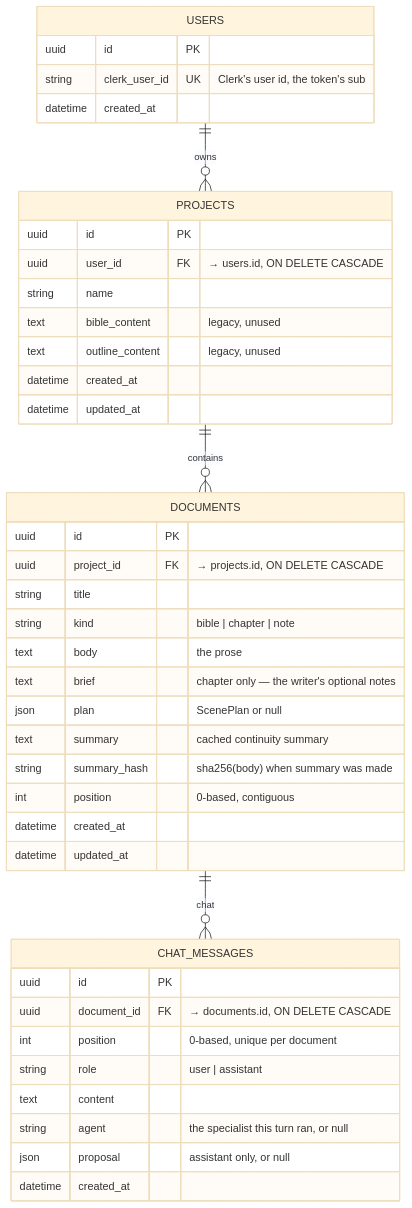
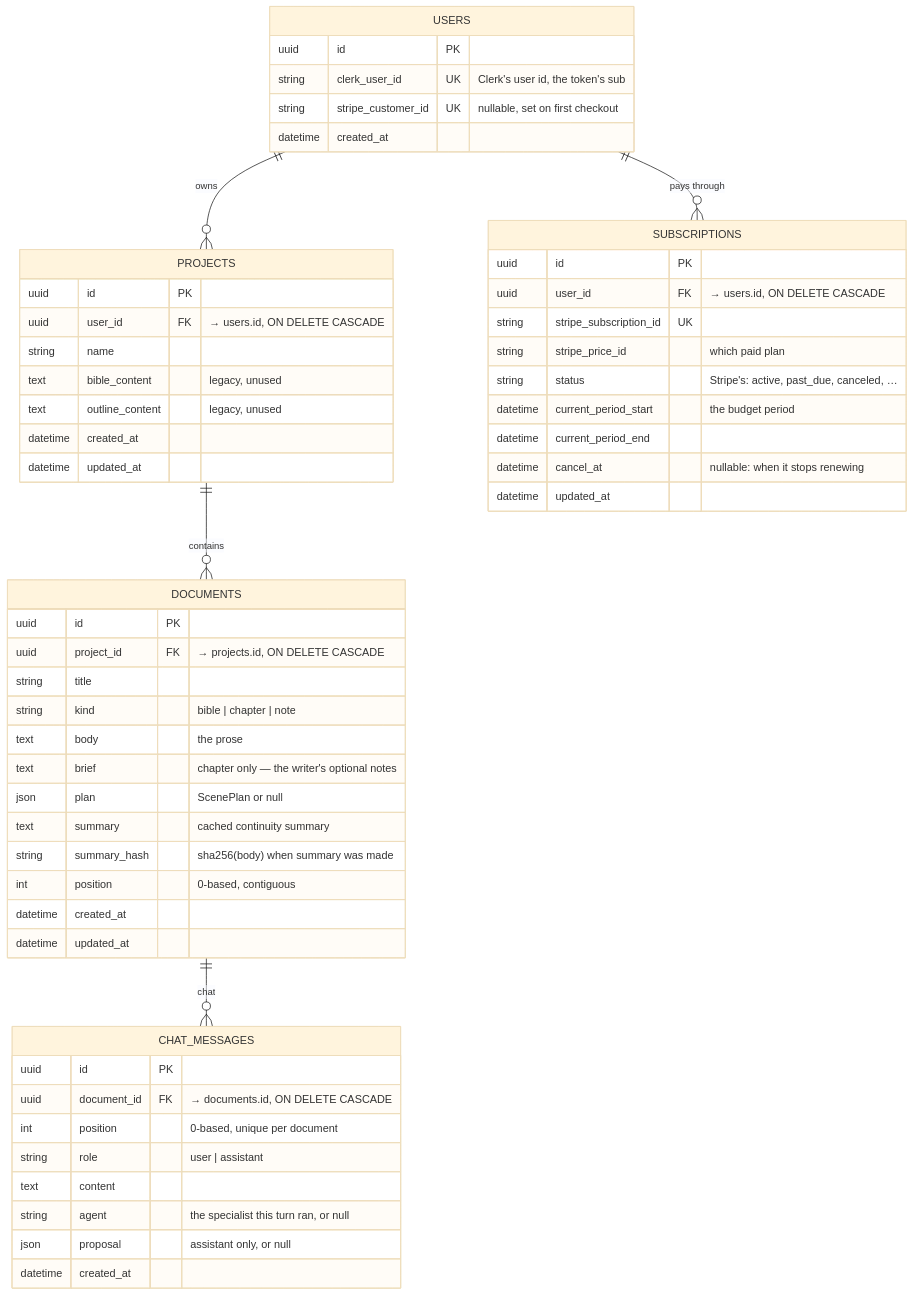
Before and after one commit to Akazz-L/maya: the first of 3 diagrams in docs/diagrams/02-backend-data-model.md, drawn with Mermaid (base theme). The commit also changed 29 other files, not shown here.

First line of the commit message:
feat: paid plans through Stripe, with Free for beta writers

````diff
--- a/docs/diagrams/02-backend-data-model.md
+++ b/docs/diagrams/02-backend-data-model.md
@@ -7,48 +7,62 @@
 ```mermaid
 erDiagram
     USERS ||--o{ PROJECTS : owns
+    USERS ||--o{ SUBSCRIPTIONS : "pays through"
     PROJECTS ||--o{ DOCUMENTS : contains
     DOCUMENTS ||--o{ CHAT_MESSAGES : "chat"
 
     USERS {
         uuid id PK
         string clerk_user_id UK "Clerk's user id, the token's sub"
+        string stripe_customer_id UK "nullable, set on first checkout"
         datetime created_at
+    }
+
+    SUBSCRIPTIONS {
+        uuid id PK
+        uuid user_id FK "→ users.id, ON DELETE CASCADE"
+        string stripe_subscription_id UK
+        string stripe_price_id "which paid plan"
+        string status "Stripe's: active, past_due, canceled, …"
+        datetime current_period_start "the budget period"
+        datetime current_period_end
+        datetime cancel_at "nullable: when it stops renewing"
+        datetime updated_at
     }
 
     PROJECTS {
         uuid id PK
         uuid user_id FK "→ users.id, ON DELETE CASCADE"
         string name
         text bible_content "legacy, unused"
         text outline_content "legacy, unused"
         datetime created_at
         datetime updated_at
     }
 
     DOCUMENTS {
         uuid id PK
         uuid project_id FK "→ projects.id, ON DELETE CASCADE"
         string title
         string kind "bible | chapter | note"
         text body "the prose"
         text brief "chapter only — the writer's optional notes"
         json plan "ScenePlan or null"
         text summary "cached continuity summary"
         string summary_hash "sha256(body) when summary was made"
         int position "0-based, contiguous"
         datetime created_at
         datetime updated_at
     }
 
     CHAT_MESSAGES {
         uuid id PK
         uuid document_id FK "→ documents.id, ON DELETE CASCADE"
         int position "0-based, unique per document"
         string role "user | assistant"
         text content
         string agent "the specialist this turn ran, or null"
         json proposal "assistant only, or null"
         datetime created_at
     }
 ```
````
